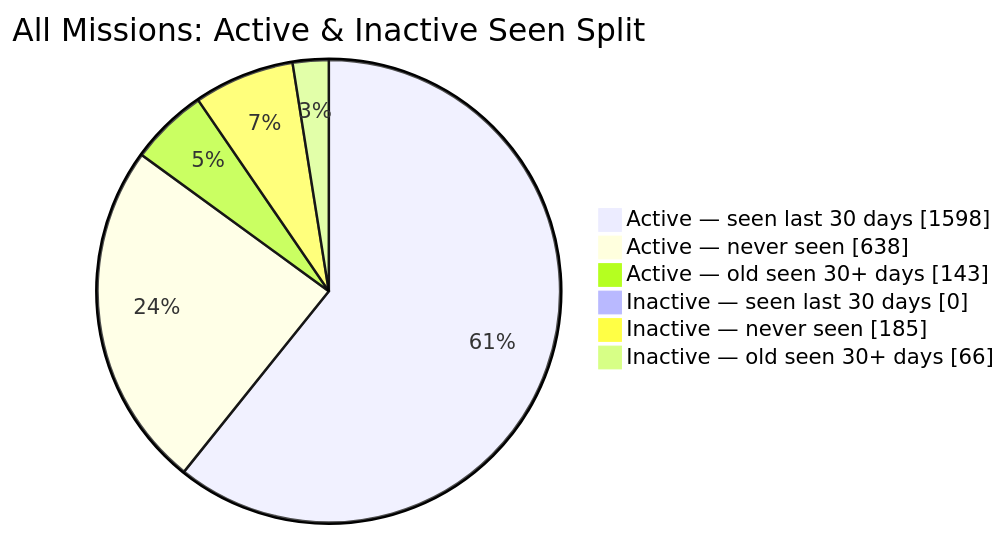
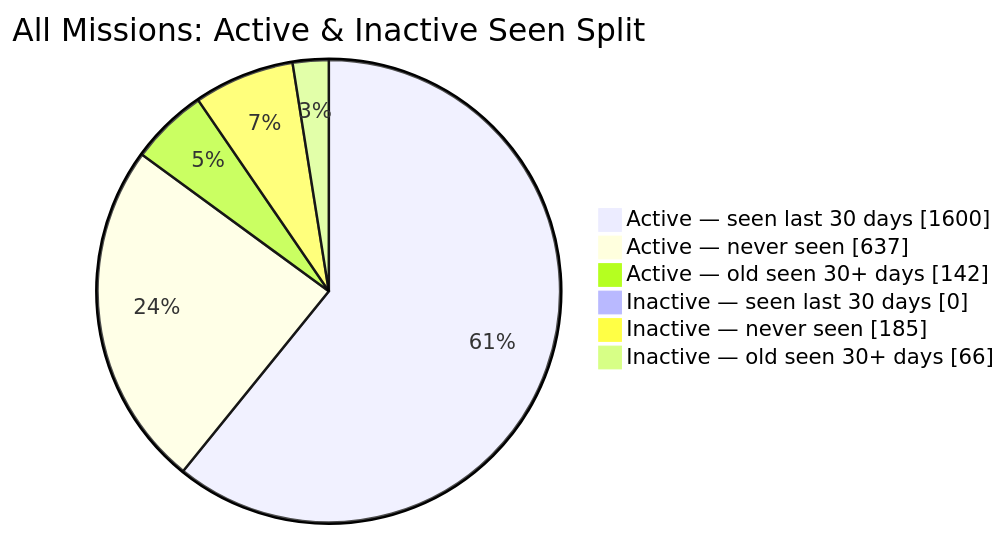
One commit to MeldkamerspelGameTeam/active-missions changed the second of 2 diagrams in README.md. Above: the diagram before and after it, drawn with Mermaid. The commit also changed other lines of this file and 3 other files, not shown here.

````diff
--- a/README.md
+++ b/README.md
@@ -44,10 +44,10 @@
 ```mermaid
 pie showData
     title All Missions: Active & Inactive Seen Split
-    "Active — seen last 30 days" : 1598
-    "Active — never seen" : 638
-    "Active — old seen 30+ days" : 143
+    "Active — seen last 30 days" : 1600
+    "Active — never seen" : 637
+    "Active — old seen 30+ days" : 142
     "Inactive — seen last 30 days" : 0
     "Inactive — never seen" : 185
     "Inactive — old seen 30+ days" : 66
 ```
````
